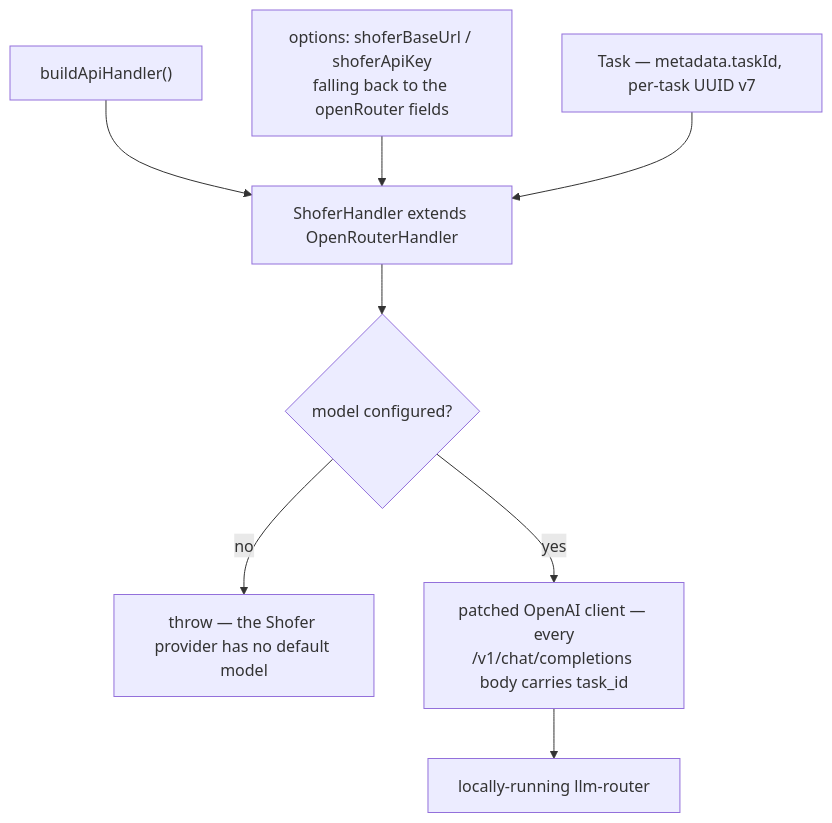
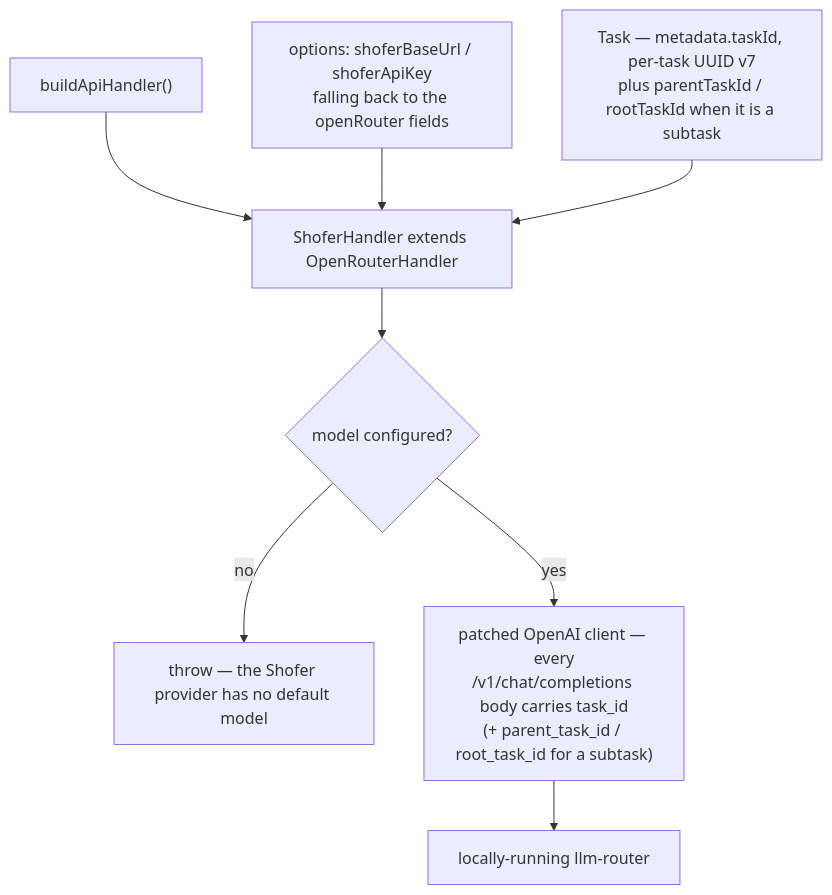
One commit to shofer-dev/shofer changed the diagram in docs/cloud.md. Above: the diagram before and after it, drawn with Mermaid. The commit also changed other lines of this file and 5 other files, not shown here.

````diff
--- a/docs/cloud.md
+++ b/docs/cloud.md
@@ -358,18 +364,18 @@
 ```mermaid
 flowchart TD
-    T["Task — metadata.taskId, per-task UUID v7"]
+    T["Task — metadata.taskId, per-task UUID v7<br/>plus parentTaskId / rootTaskId when it is a subtask"]
     BAH["buildApiHandler()"]
     OPT["options: shoferBaseUrl / shoferApiKey<br/>falling back to the openRouter fields"]
     SH["ShoferHandler extends OpenRouterHandler"]
     GM{"model configured?"}
     ERR["throw — the Shofer provider has no default model"]
-    PATCH["patched OpenAI client — every<br/>/v1/chat/completions body carries task_id"]
+    PATCH["patched OpenAI client — every<br/>/v1/chat/completions body carries task_id<br/>(+ parent_task_id / root_task_id for a subtask)"]
     ROUTER["locally-running llm-router"]
 
     BAH --> SH
     OPT --> SH
     T --> SH
     SH --> GM
     GM -->|no| ERR
     GM -->|yes| PATCH --> ROUTER
 ```
````
